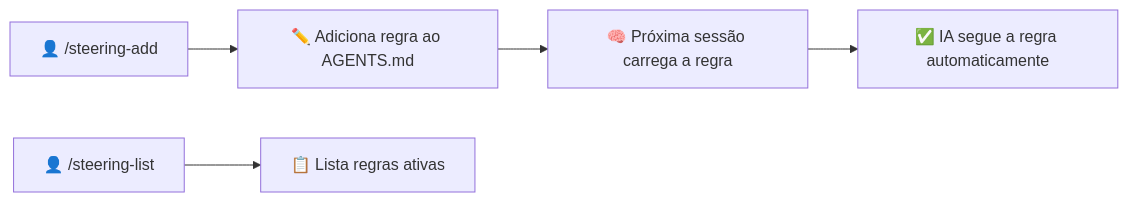
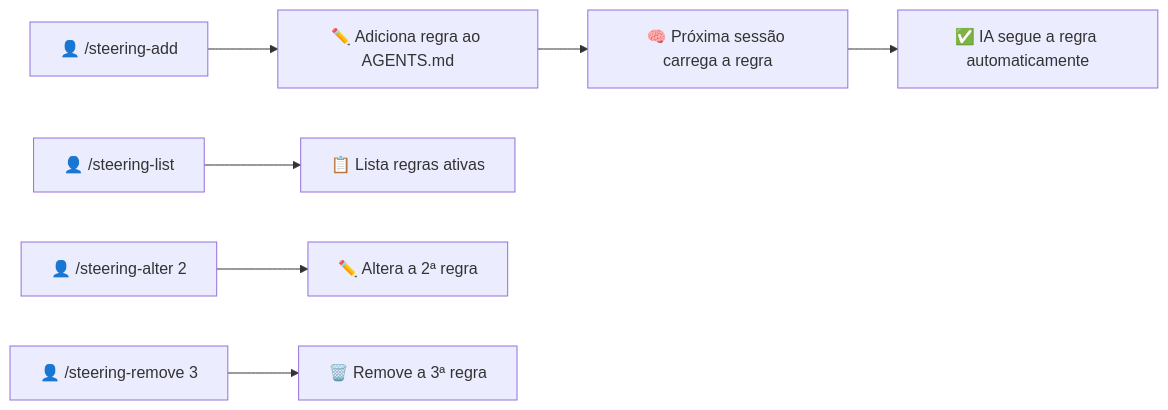
One commit to andrelncampos/dscode-public changed the second of 3 diagrams in README.md. Above: the diagram before and after it, drawn with Mermaid. The commit also changed other lines of this file and 26 other files, not shown here.

````diff
--- a/README.md
+++ b/README.md
@@ -373,7 +375,9 @@
 ```mermaid
 flowchart LR
     U[👤 /steering-add] --> A[✏️ Adiciona regra ao AGENTS.md]
     A --> S[🧠 Próxima sessão carrega a regra]
     S --> B[✅ IA segue a regra automaticamente]
     U2[👤 /steering-list] --> V[📋 Lista regras ativas]
+    U3[👤 /steering-alter 2] --> W[✏️ Altera a 2ª regra]
+    U4[👤 /steering-remove 3] --> X[🗑️ Remove a 3ª regra]
 ```
````
